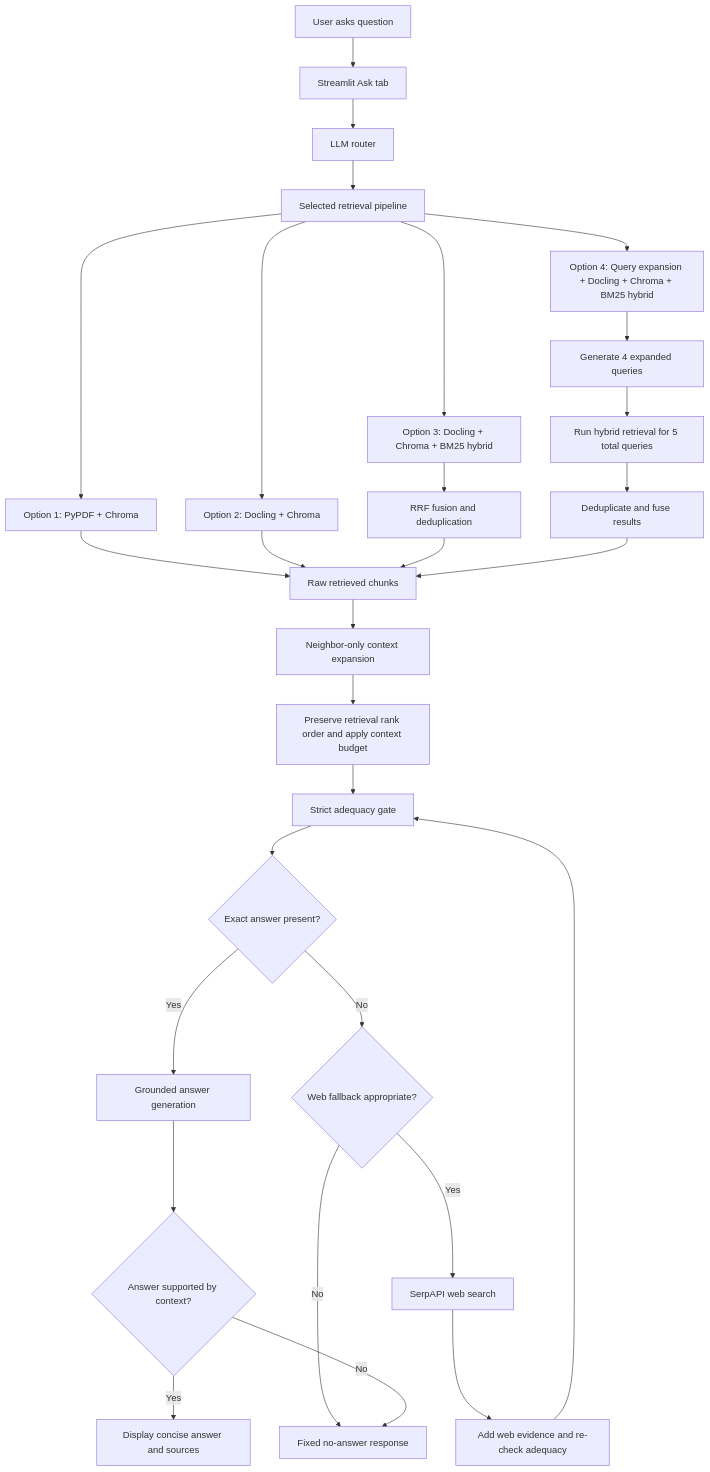
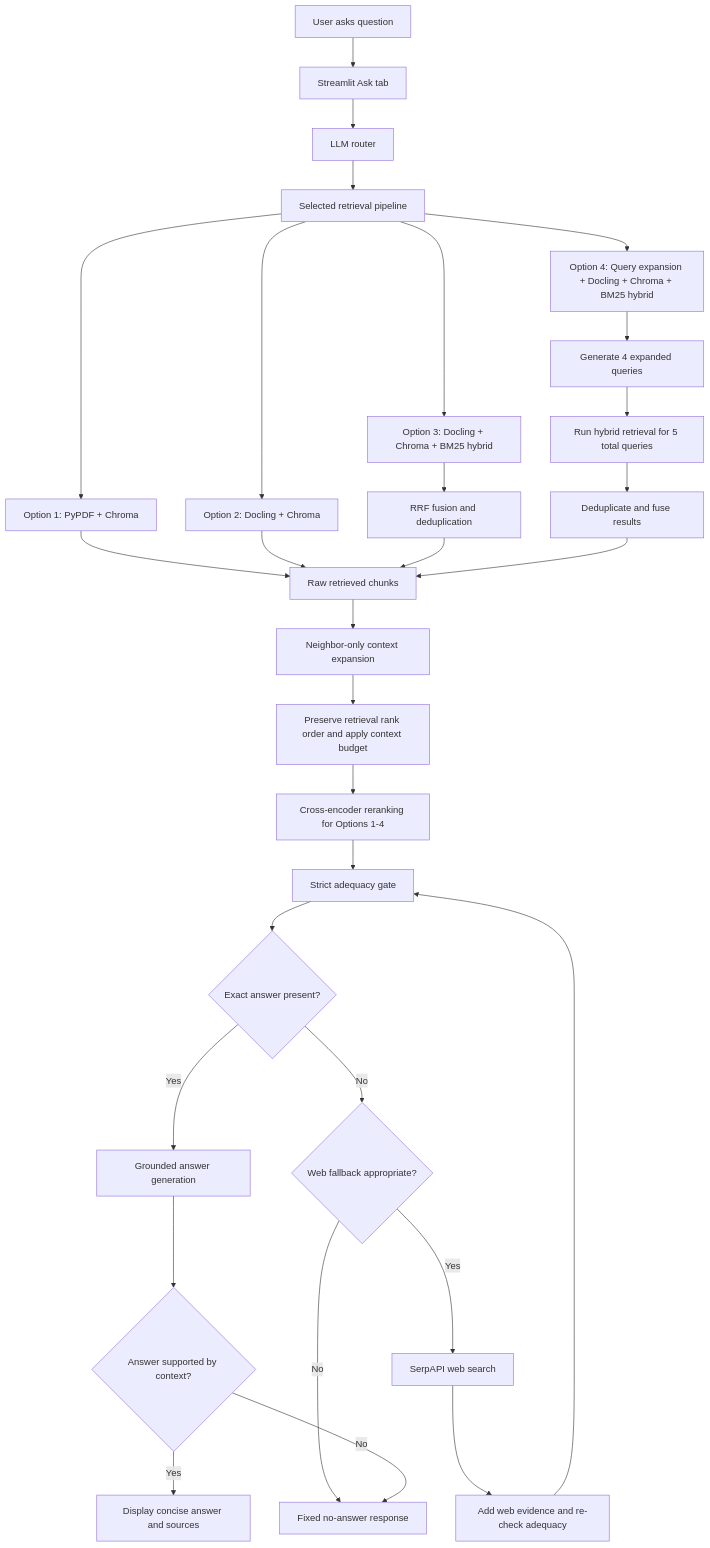
One commit to helsharif/cobb-county-code-rag-assistant changed the first of 2 diagrams in FLOW_LOGIC.md. Above: the diagram before and after it, drawn with Mermaid. The commit also changed other lines of this file and 7 other files, not shown here.

Commit message:
Add cross-encoder reranking for local retrieval

````diff
--- a/FLOW_LOGIC.md
+++ b/FLOW_LOGIC.md
@@ -565,30 +589,31 @@
 ```mermaid
 flowchart TD
     A["User asks question"] --> B["Streamlit Ask tab"]
     B --> C["LLM router"]
     C --> D["Selected retrieval pipeline"]
 
     D --> O1["Option 1: PyPDF + Chroma"]
     D --> O2["Option 2: Docling + Chroma"]
     D --> O3["Option 3: Docling + Chroma + BM25 hybrid"]
     D --> O4["Option 4: Query expansion + Docling + Chroma + BM25 hybrid"]
 
     O1 --> E["Raw retrieved chunks"]
     O2 --> E
     O3 --> H["RRF fusion and deduplication"] --> E
     O4 --> Q["Generate 4 expanded queries"] --> M["Run hybrid retrieval for 5 total queries"] --> H2["Deduplicate and fuse results"] --> E
 
     E --> X["Neighbor-only context expansion"]
     X --> Y["Preserve retrieval rank order and apply context budget"]
-    Y --> F["Strict adequacy gate"]
+    Y --> RR["Cross-encoder reranking for Options 1-4"]
+    RR --> F["Strict adequacy gate"]
     F --> G{"Exact answer present?"}
     G -->|Yes| R["Grounded answer generation"]
     G -->|No| W{"Web fallback appropriate?"}
     W -->|Yes| S["SerpAPI web search"]
     S --> X2["Add web evidence and re-check adequacy"]
     X2 --> F
     W -->|No| V["Fixed no-answer response"]
     R --> T{"Answer supported by context?"}
     T -->|Yes| U["Display concise answer and sources"]
     T -->|No| V
 ```
````
